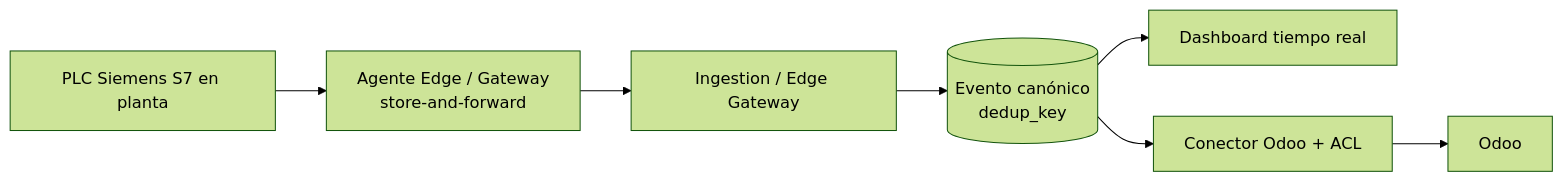
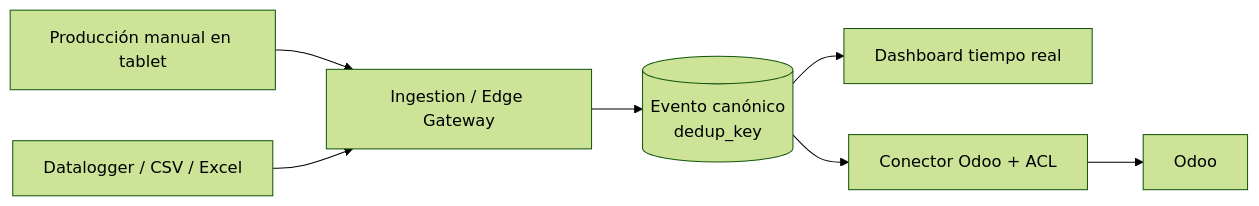
The second of 3 diagrams in specs/roadmap/milestones.md (buttiepedro/mes), drawn with Mermaid (forest theme) before and after one commit. The commit also changed other lines of this file and 21 other files, not shown here.

````diff
--- a/specs/roadmap/milestones.md
+++ b/specs/roadmap/milestones.md
@@ -55,9 +55,9 @@
 ```mermaid
 flowchart LR
-    PLC[PLC Siemens S7 en planta] --> GW[Agente Edge / Gateway<br/>store-and-forward]
-    GW --> ING[Ingestion / Edge Gateway]
+    OP[Producción manual en tablet] --> ING[Ingestion / Edge Gateway]
+    DL[Datalogger / CSV / Excel] --> ING
     ING --> EVT[(Evento canónico<br/>dedup_key)]
     EVT --> DASH[Dashboard tiempo real]
     EVT --> ACL[Conector Odoo + ACL]
     ACL --> ODOO[Odoo]
 ```
````
